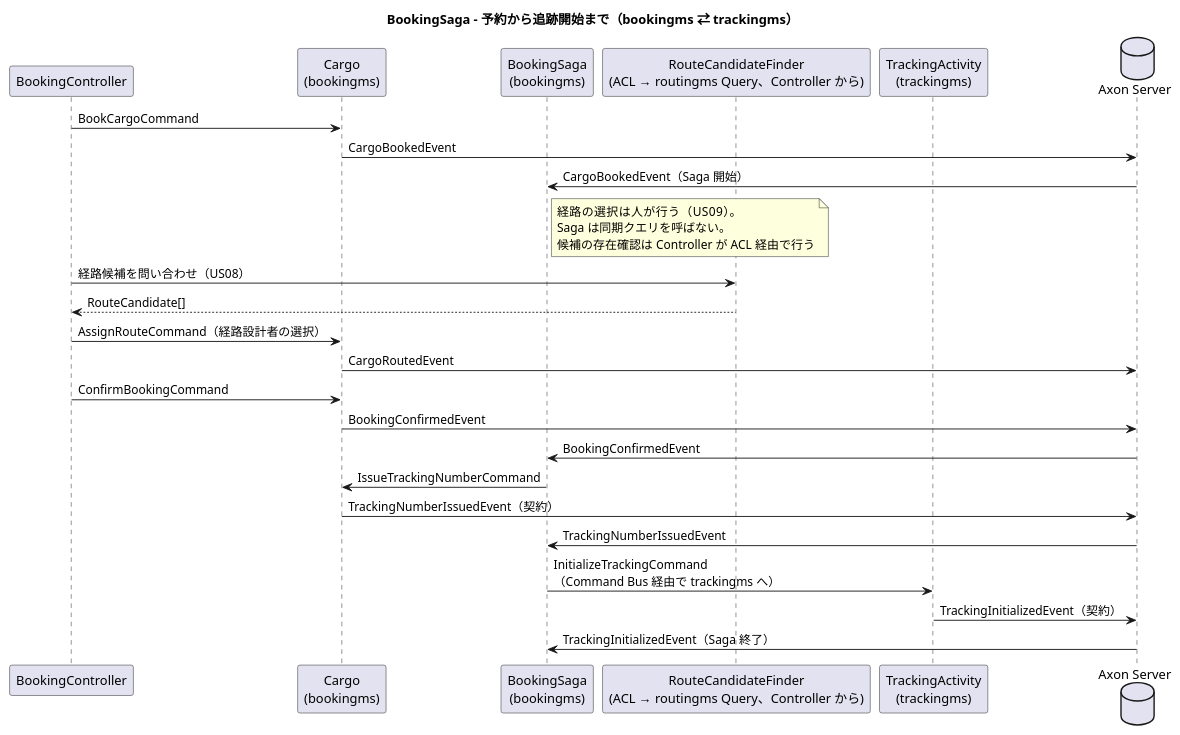
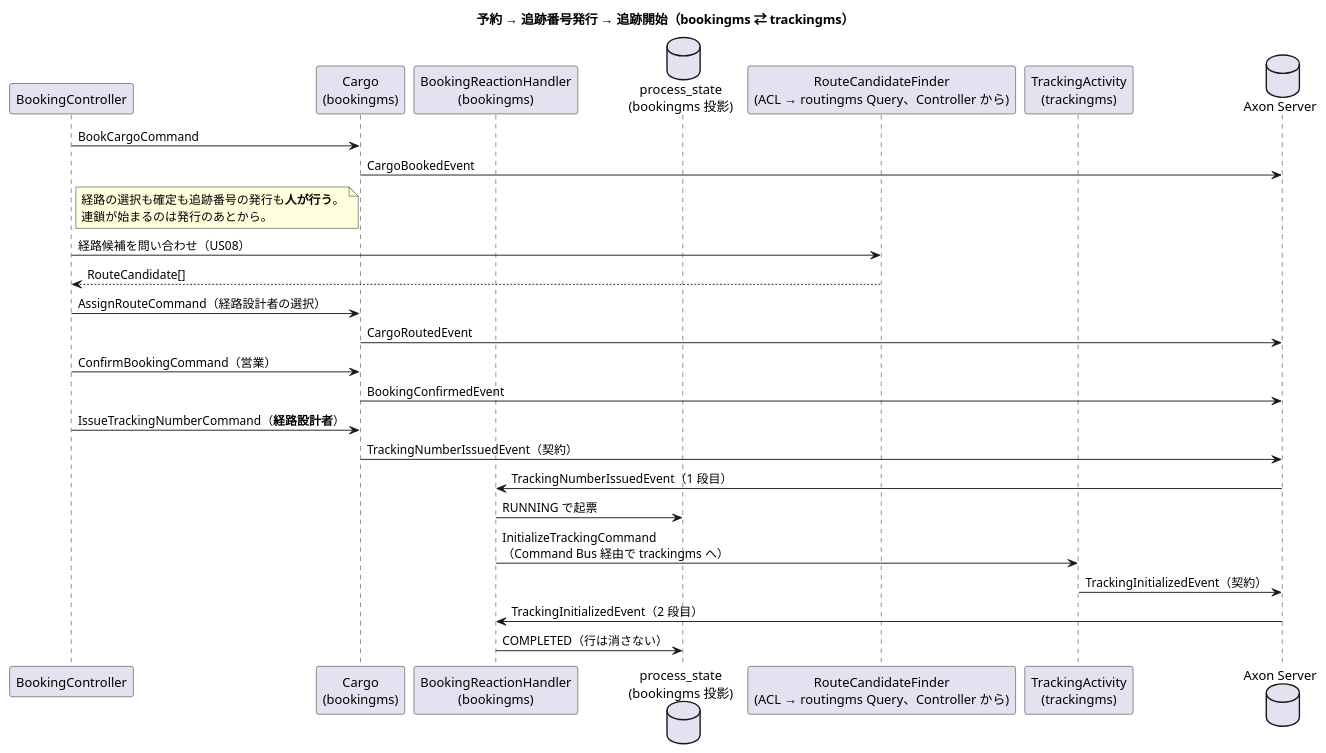
The fifth of 5 diagrams in docs/design/cargo-tracker/architecture_backend.md (k2works/case-study-cargo-tracker), drawn with PlantUML before and after one commit. The commit also changed other lines of this file and 13 other files, not shown here.

````diff
--- a/docs/design/cargo-tracker/architecture_backend.md
+++ b/docs/design/cargo-tracker/architecture_backend.md
@@ -778,30 +782,31 @@
 ```plantuml
 @startuml
-title BookingSaga - 予約から追跡開始まで（bookingms ⇄ trackingms）
+title 予約 → 追跡番号発行 → 追跡開始（bookingms ⇄ trackingms）
 
 participant "BookingController" as ctrl
 participant "Cargo\n(bookingms)" as cargo
-participant "BookingSaga\n(bookingms)" as saga
+participant "BookingReactionHandler\n(bookingms)" as reaction
+database "process_state\n(bookingms 投影)" as state
 participant "RouteCandidateFinder\n(ACL → routingms Query、Controller から)" as acl
 participant "TrackingActivity\n(trackingms)" as tracking
 database "Axon Server" as es
 
 ctrl -> cargo : BookCargoCommand
 cargo -> es : CargoBookedEvent
-es -> saga : CargoBookedEvent（Saga 開始）
-note right of saga : 経路の選択は人が行う（US09）。\nSaga は同期クエリを呼ばない。\n候補の存在確認は Controller が ACL 経由で行う
+note right of ctrl : 経路の選択も確定も追跡番号の発行も**人が行う**。\n連鎖が始まるのは発行のあとから。
 ctrl -> acl : 経路候補を問い合わせ（US08）
 acl --> ctrl : RouteCandidate[]
 ctrl -> cargo : AssignRouteCommand（経路設計者の選択）
 cargo -> es : CargoRoutedEvent
-ctrl -> cargo : ConfirmBookingCommand
+ctrl -> cargo : ConfirmBookingCommand（営業）
 cargo -> es : BookingConfirmedEvent
-es -> saga : BookingConfirmedEvent
-saga -> cargo : IssueTrackingNumberCommand
+ctrl -> cargo : IssueTrackingNumberCommand（**経路設計者**）
 cargo -> es : TrackingNumberIssuedEvent（契約）
-es -> saga : TrackingNumberIssuedEvent
-saga -> tracking : InitializeTrackingCommand\n（Command Bus 経由で trackingms へ）
+es -> reaction : TrackingNumberIssuedEvent（1 段目）
+reaction -> state : RUNNING で起票
+reaction -> tracking : InitializeTrackingCommand\n（Command Bus 経由で trackingms へ）
 tracking -> es : TrackingInitializedEvent（契約）
-es -> saga : TrackingInitializedEvent（Saga 終了）
+es -> reaction : TrackingInitializedEvent（2 段目）
+reaction -> state : COMPLETED（行は消さない）
 @enduml
 ```
````
